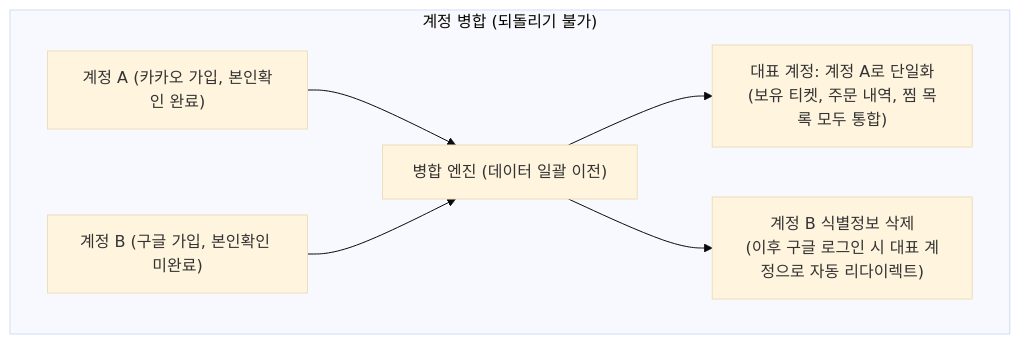
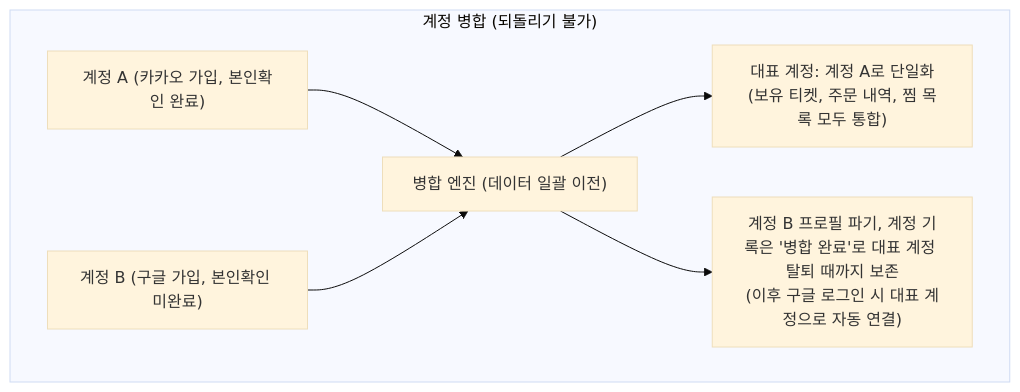
The second of 2 diagrams in guide/08-account.md (peaket/peaket), drawn with Mermaid (base theme) before and after one commit. The commit also changed other lines of this file and 111 other files, not shown here.

````diff
--- a/guide/08-account.md
+++ b/guide/08-account.md
@@ -89,9 +89,9 @@
 ```mermaid
 flowchart TD
     subgraph Merge ["계정 병합 (되돌리기 불가)"]
         AccA["계정 A (카카오 가입, 본인확인 완료)"] --> MergeCore["병합 엔진 (데이터 일괄 이전)"]
         AccB["계정 B (구글 가입, 본인확인 미완료)"] --> MergeCore
         MergeCore --> Rep["대표 계정: 계정 A로 단일화<br>(보유 티켓, 주문 내역, 찜 목록 모두 통합)"]
-        MergeCore --> Del["계정 B 식별정보 삭제<br>(이후 구글 로그인 시 대표 계정으로 자동 리다이렉트)"]
+        MergeCore --> Del["계정 B 프로필 파기, 계정 기록은 '병합 완료'로 대표 계정 탈퇴 때까지 보존<br>(이후 구글 로그인 시 대표 계정으로 자동 연결)"]
     end
 ```
````
